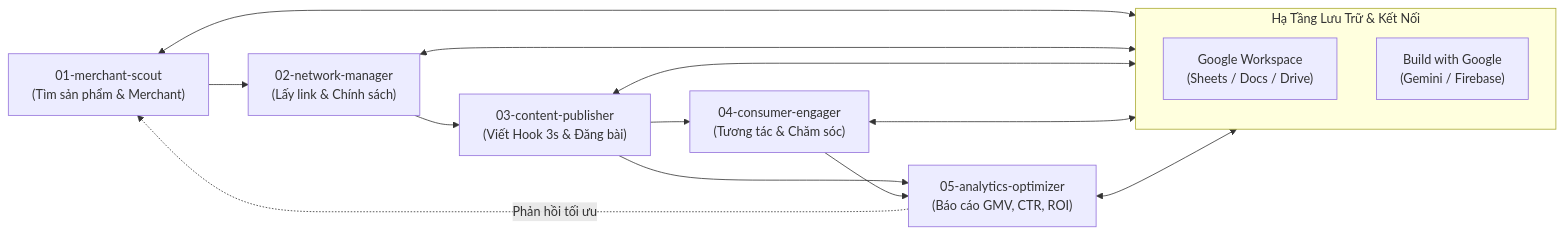
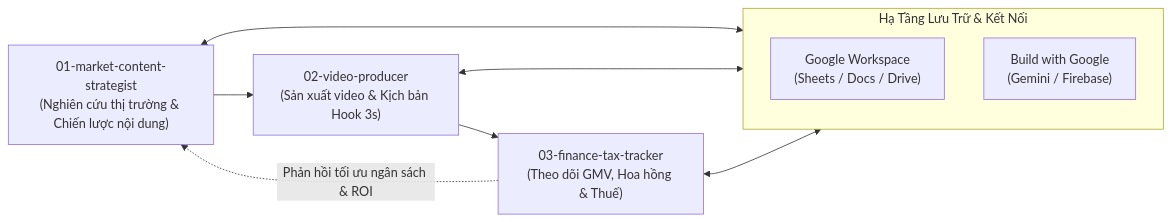
Before and after one commit to hhaa1211/haha: the diagram in AGENTS.md, drawn with Mermaid. The commit also changed other lines of this file and 45 other files, not shown here.

````diff
--- a/AGENTS.md
+++ b/AGENTS.md
@@ -52,15 +50,13 @@
 ```mermaid
 flowchart LR
-    A["01-merchant-scout<br/>(Tìm sản phẩm & Merchant)"] --> B["02-network-manager<br/>(Lấy link & Chính sách)"]
-    B --> C["03-content-publisher<br/>(Viết Hook 3s & Đăng bài)"]
-    C --> D["04-consumer-engager<br/>(Tương tác & Chăm sóc)"]
-    C & D --> E["05-analytics-optimizer<br/>(Báo cáo GMV, CTR, ROI)"]
-    E -. "Phản hồi tối ưu" .-> A
+    A["01-market-content-strategist<br/>(Nghiên cứu thị trường & Chiến lược nội dung)"] --> B["02-video-producer<br/>(Sản xuất video & Kịch bản Hook 3s)"]
+    B --> C["03-finance-tax-tracker<br/>(Theo dõi GMV, Hoa hồng & Thuế)"]
+    C -. "Phản hồi tối ưu ngân sách & ROI" .-> A
     
     subgraph Storage ["Hạ Tầng Lưu Trữ & Kết Nối"]
         GW["Google Workspace<br/>(Sheets / Docs / Drive)"]
         GB["Build with Google<br/>(Gemini / Firebase)"]
     end
     
-    A & B & C & D & E <--> Storage
+    A & B & C <--> Storage
 ```
````
